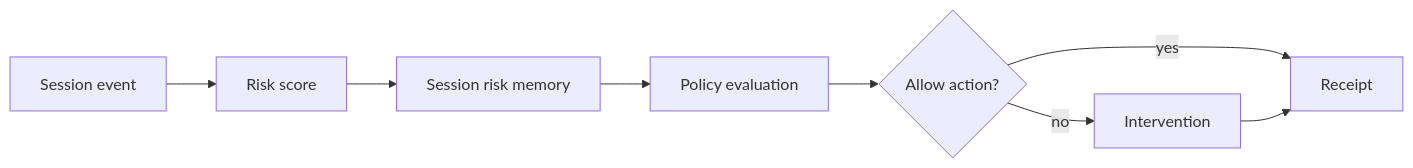
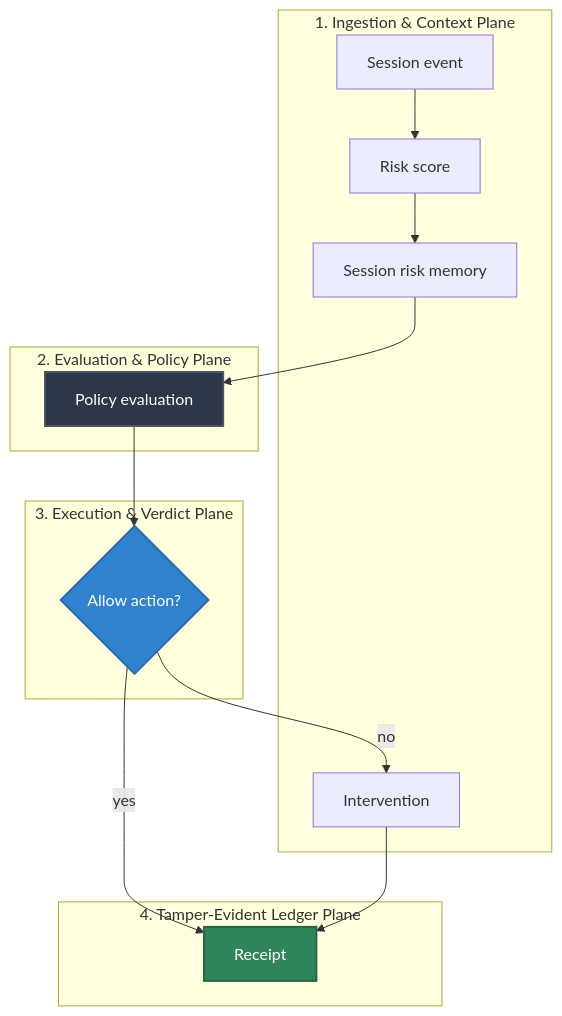
Before and after one commit to Mindburn-Labs/helm-ai-kernel: the diagram in docs/security/session-risk-memory.md, drawn with Mermaid. The commit also changed other lines of this file and 330 other files, not shown here.

````diff
--- a/docs/security/session-risk-memory.md
+++ b/docs/security/session-risk-memory.md
@@ -73,10 +73,35 @@
 ```mermaid
-flowchart LR
-  event["Session event"] --> score["Risk score"]
-  score --> memory["Session risk memory"]
-  memory --> policy["Policy evaluation"]
-  policy --> action{"Allow action?"}
-  action -->|yes| receipt["Receipt"]
-  action -->|no| intervention["Intervention"]
-  intervention --> receipt
+flowchart TD
+    subgraph Ingestion["1. Ingestion & Context Plane"]
+        event["Session event"]
+        score["Risk score"]
+        memory["Session risk memory"]
+        intervention["Intervention"]
+    end
+
+    subgraph Evaluation["2. Evaluation & Policy Plane"]
+        policy["Policy evaluation"]
+    end
+
+    subgraph Execution["3. Execution & Verdict Plane"]
+        action{"Allow action?"}
+    end
+
+    subgraph Ledger["4. Tamper-Evident Ledger Plane"]
+        receipt["Receipt"]
+    end
+
+    %% Operational Flow Edges
+    event --> score
+    score --> memory
+    memory --> policy
+    policy --> action
+    action -->|yes| receipt
+    action -->|no| intervention
+    intervention --> receipt
+
+    %% Premium Styling Rules
+    style policy fill:#2d3748,stroke:#4a5568,stroke-width:2px,color:#fff
+    style action fill:#3182ce,stroke:#2b6cb0,stroke-width:2px,color:#fff
+    style receipt fill:#2f855a,stroke:#276749,stroke-width:2px,color:#fff
 ```
````
